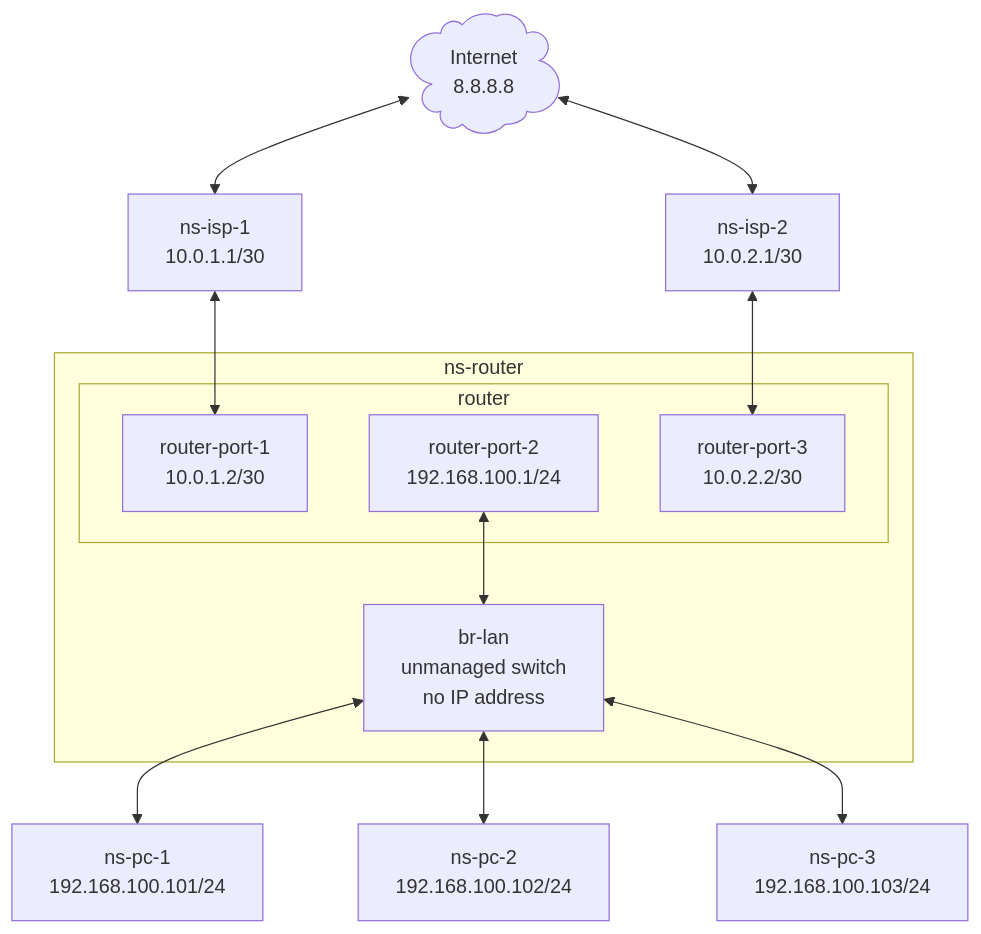
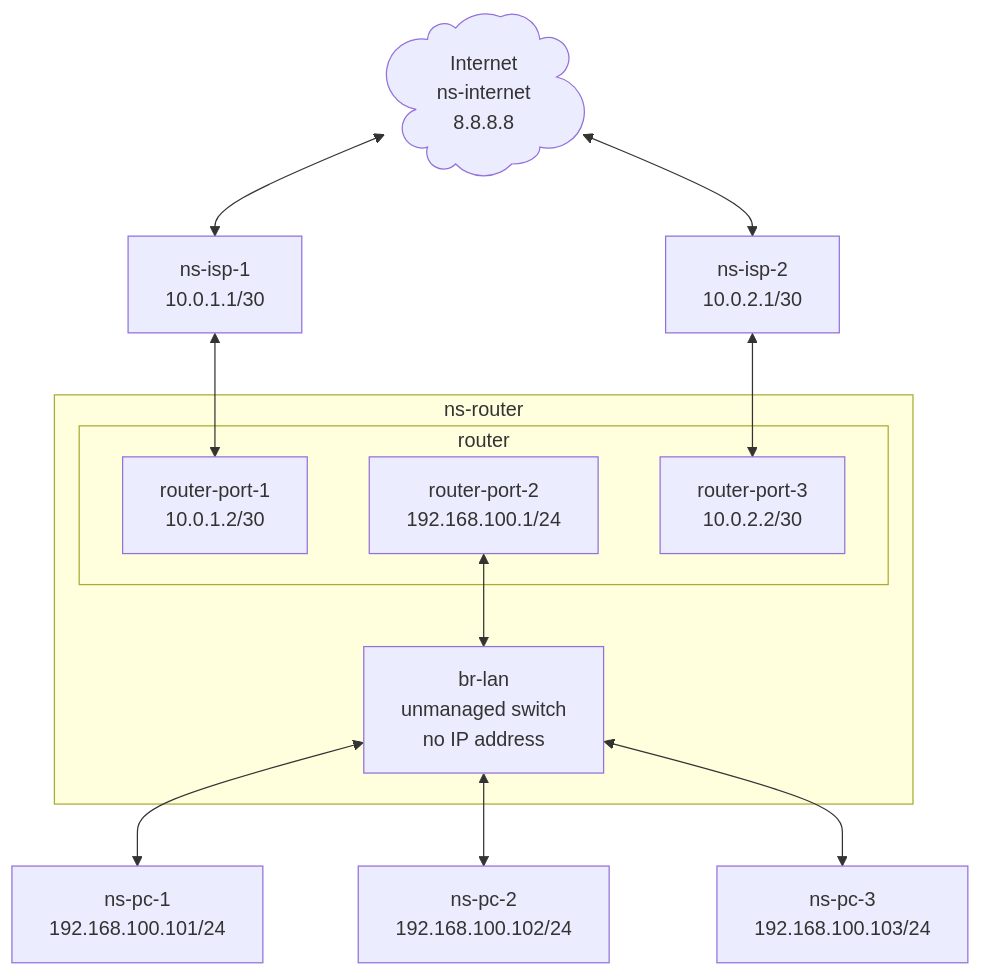
Before and after one commit to twdamhore/virtual-switch-lab: the diagram in docs/01-policy-routing.md, drawn with Mermaid. The commit also changed other lines of this file, not shown here.

````diff
--- a/docs/01-policy-routing.md
+++ b/docs/01-policy-routing.md
@@ -34,27 +33,27 @@
 ```mermaid
 graph TB
-    Internet@{ label: "Internet<br>8.8.8.8", shape: cloud }
+    Internet@{ label: "Internet<br>ns-internet<br>8.8.8.8", shape: cloud }
     ISP_1["ns-isp-1<br>10.0.1.1/30"]
     ISP_2["ns-isp-2<br>10.0.2.1/30"]
     subgraph "ns-router"
         subgraph "router"
             ROUTER_PORT_1["router-port-1<br>10.0.1.2/30"]
             ROUTER_PORT_2["router-port-2<br>192.168.100.1/24"]
             ROUTER_PORT_3["router-port-3<br>10.0.2.2/30"]
         end
         SWITCH["br-lan<br>unmanaged switch<br>no IP address"]        
     end
 
     PC_1["ns-pc-1<br>192.168.100.101/24"]
     PC_2["ns-pc-2<br>192.168.100.102/24"]
     PC_3["ns-pc-3<br>192.168.100.103/24"]
     
     Internet <--> ISP_1
     Internet <--> ISP_2
     ISP_1 <--> ROUTER_PORT_1
     ISP_2 <--> ROUTER_PORT_3
     ROUTER_PORT_2 <--> SWITCH
     SWITCH <--> PC_1
     SWITCH <--> PC_2
     SWITCH <--> PC_3
 ```
````
